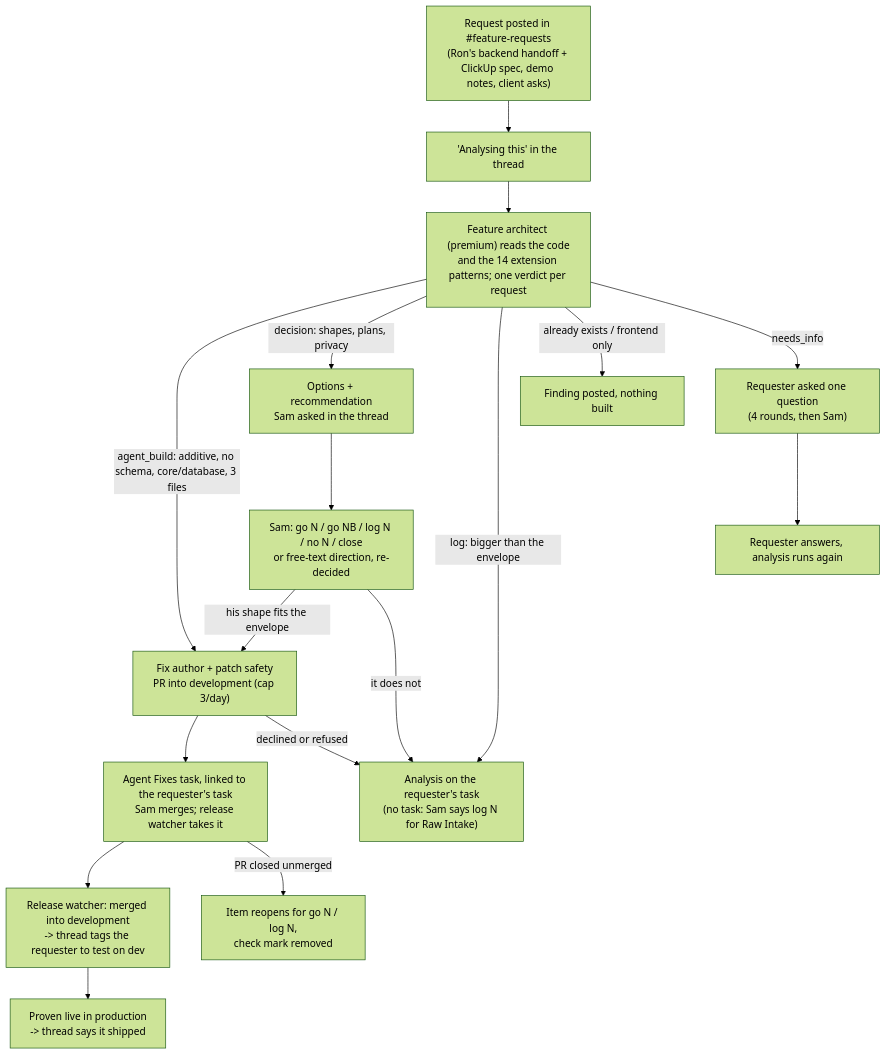
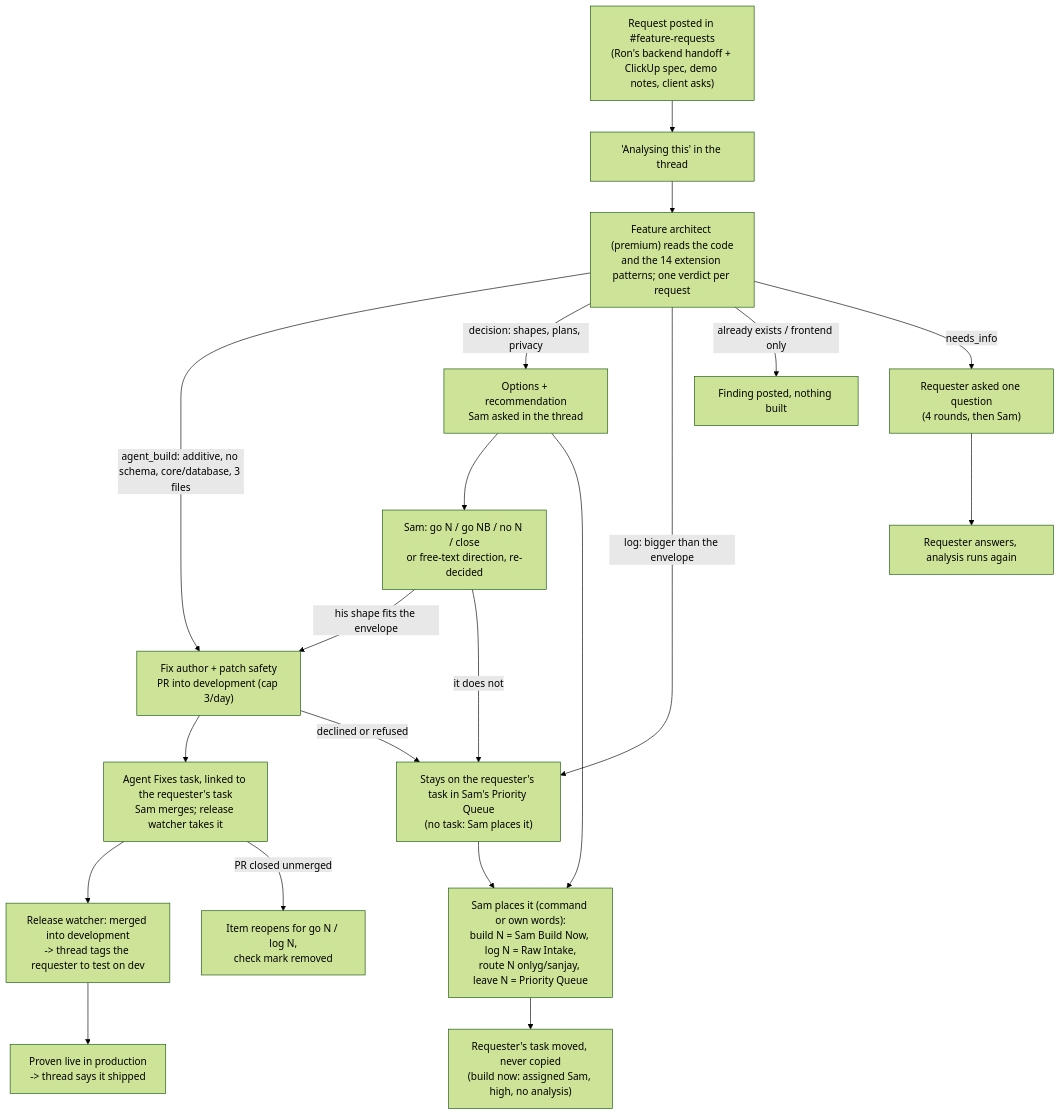
One commit to vomeadmin/vome-os changed the ninth of 11 diagrams in WORKFLOWS.md. Above: the diagram before and after it, drawn with Mermaid (forest theme). The commit also changed 5 other files, not shown here.

First line of the commit message:
Feature desk: Sam places requests in his lists, Ron's task is moved

````diff
--- a/WORKFLOWS.md
+++ b/WORKFLOWS.md
@@ -186,19 +186,22 @@
 ```mermaid
 flowchart TD
   P["Request posted in #feature-requests<br/>(Ron's backend handoff + ClickUp spec, demo notes, client asks)"]:::built --> ACK["'Analysing this' in the thread"]:::built
   ACK --> FA["Feature architect (premium) reads the code<br/>and the 14 extension patterns; one verdict per request"]:::built
   FA -->|agent_build: additive, no schema, core/database, 3 files| FX["Fix author + patch safety<br/>PR into development (cap 3/day)"]:::built
   FX --> AF["Agent Fixes task, linked to the requester's task<br/>Sam merges; release watcher takes it"]:::built
   AF --> MD["Release watcher: merged into development<br/>-> thread tags the requester to test on dev"]:::built
   MD --> LV["Proven live in production<br/>-> thread says it shipped"]:::built
   AF -->|PR closed unmerged| RO["Item reopens for go N / log N,<br/>check mark removed"]:::built
   FX -->|declined or refused| LOG
   FA -->|decision: shapes, plans, privacy| SAM["Options + recommendation<br/>Sam asked in the thread"]:::built
-  FA -->|log: bigger than the envelope| LOG["Analysis on the requester's task<br/>(no task: Sam says log N for Raw Intake)"]:::built
+  FA -->|log: bigger than the envelope| LOG["Stays on the requester's task in Sam's Priority Queue<br/>(no task: Sam places it)"]:::built
   FA -->|already exists / frontend only| FIN["Finding posted, nothing built"]:::built
   FA -->|needs_info| ASK["Requester asked one question<br/>(4 rounds, then Sam)"]:::built
-  SAM --> CMD["Sam: go N / go NB / log N / no N / close<br/>or free-text direction, re-decided"]:::built
+  SAM --> CMD["Sam: go N / go NB / no N / close<br/>or free-text direction, re-decided"]:::built
   CMD -->|his shape fits the envelope| FX
   CMD -->|it does not| LOG
+  SAM --> PLACE["Sam places it (command or own words):<br/>build N = Sam Build Now, log N = Raw Intake,<br/>route N onlyg/sanjay, leave N = Priority Queue"]:::built
+  LOG --> PLACE
+  PLACE --> MOVE["Requester's task moved, never copied<br/>(build now: assigned Sam, high, no analysis)"]:::built
   ASK --> RE["Requester answers, analysis runs again"]:::built
 ```
````
